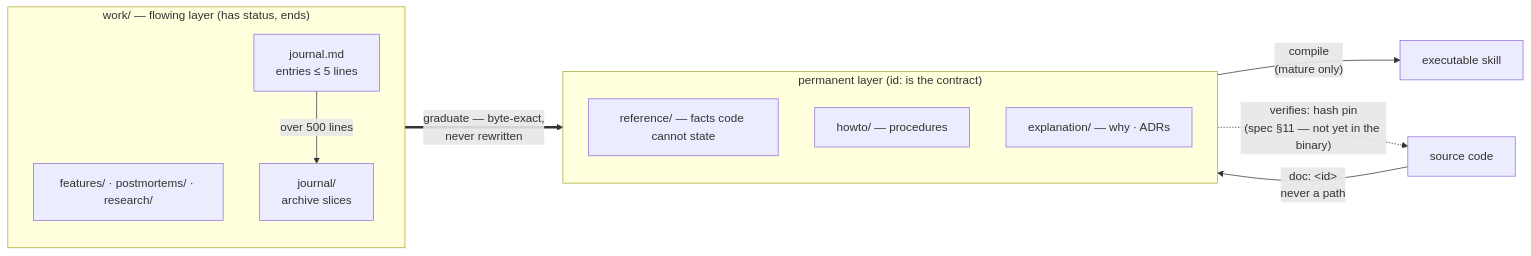
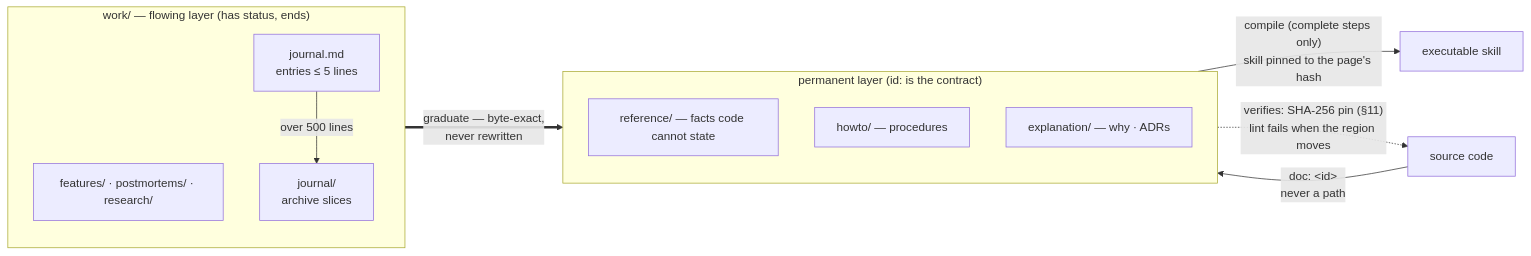
The first of 7 diagrams in README.md (FatihErtugral/docsys), drawn with Mermaid before and after one commit. The commit also changed other lines of this file and 10 other files, not shown here.

````diff
--- a/README.md
+++ b/README.md
@@ -25,24 +31,24 @@
 ```mermaid
 flowchart LR
     subgraph WORK["work/ — flowing layer (has status, ends)"]
         direction TB
         F["features/ · postmortems/ · research/"]
         J["journal.md<br/>entries ≤ 5 lines"]
         J -->|"over 500 lines"| S["journal/<br/>archive slices"]
     end
 
     subgraph PERM["permanent layer (id: is the contract)"]
         direction TB
         REF["reference/ — facts code cannot state"]
         HOW["howto/ — procedures"]
         EXP["explanation/ — why · ADRs"]
     end
 
     CODE["source code"]
     SKILL["executable skill"]
 
     F ==>|"graduate — byte-exact,<br/>never rewritten"| PERM
     CODE -->|"doc: &lt;id&gt;<br/>never a path"| PERM
-    PERM -.->|"verifies: hash pin<br/>(spec §11 — not yet in the binary)"| CODE
-    HOW -->|"compile<br/>(mature only)"| SKILL
+    PERM -.->|"verifies: SHA-256 pin (§11)<br/>lint fails when the region moves"| CODE
+    HOW -->|"compile (complete steps only)<br/>skill pinned to the page's hash"| SKILL
 ```
````
